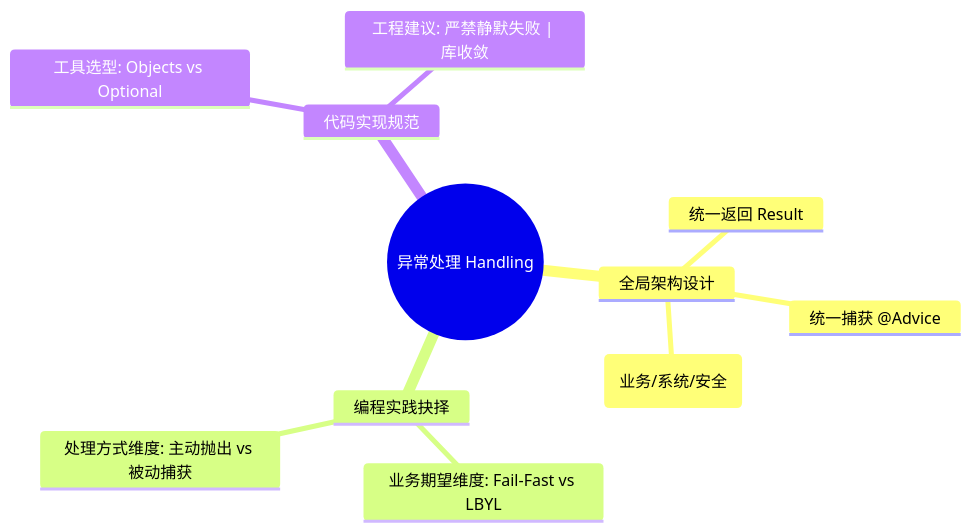
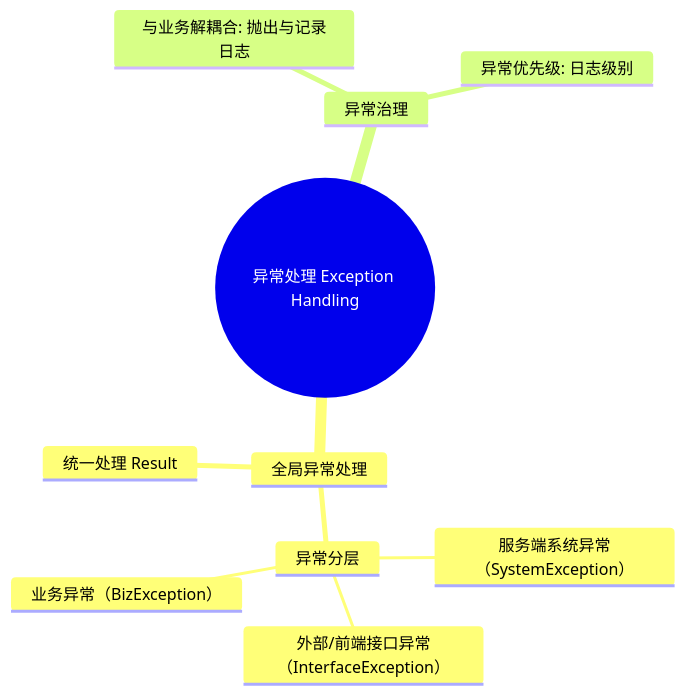
Before and after one commit to xiaolinstar/xiaolin-life: the diagram in docs/sre/forward/when-exception.md, drawn with Mermaid. The commit also changed other lines of this file and 2 other files, not shown here.

Commit message:
docs:when-exception

````diff
--- a/docs/sre/forward/when-exception.md
+++ b/docs/sre/forward/when-exception.md
@@ -39,14 +29,13 @@
 ```mermaid
 mindmap
-  root((异常处理 Handling))
-    全局架构设计
-      统一返回 Result<T>
-      统一捕获 @Advice
-      异常分层 (业务/系统/安全)
-    编程实践抉择
-      业务期望维度: Fail-Fast vs LBYL
-      处理方式维度: 主动抛出 vs 被动捕获
-    代码实现规范
-      工具选型: Objects vs Optional
-      工程建议: 严禁静默失败 | 库收敛
+  root((异常处理 Exception Handling))
+    全局异常处理
+      统一处理 Result<T>
+      异常分层
+        服务端系统异常（SystemException）
+        外部/前端接口异常（InterfaceException）
+        业务异常（BizException）
+    异常治理
+      与业务解耦合: 抛出与记录日志
+      异常优先级: 日志级别 
 ```
````
